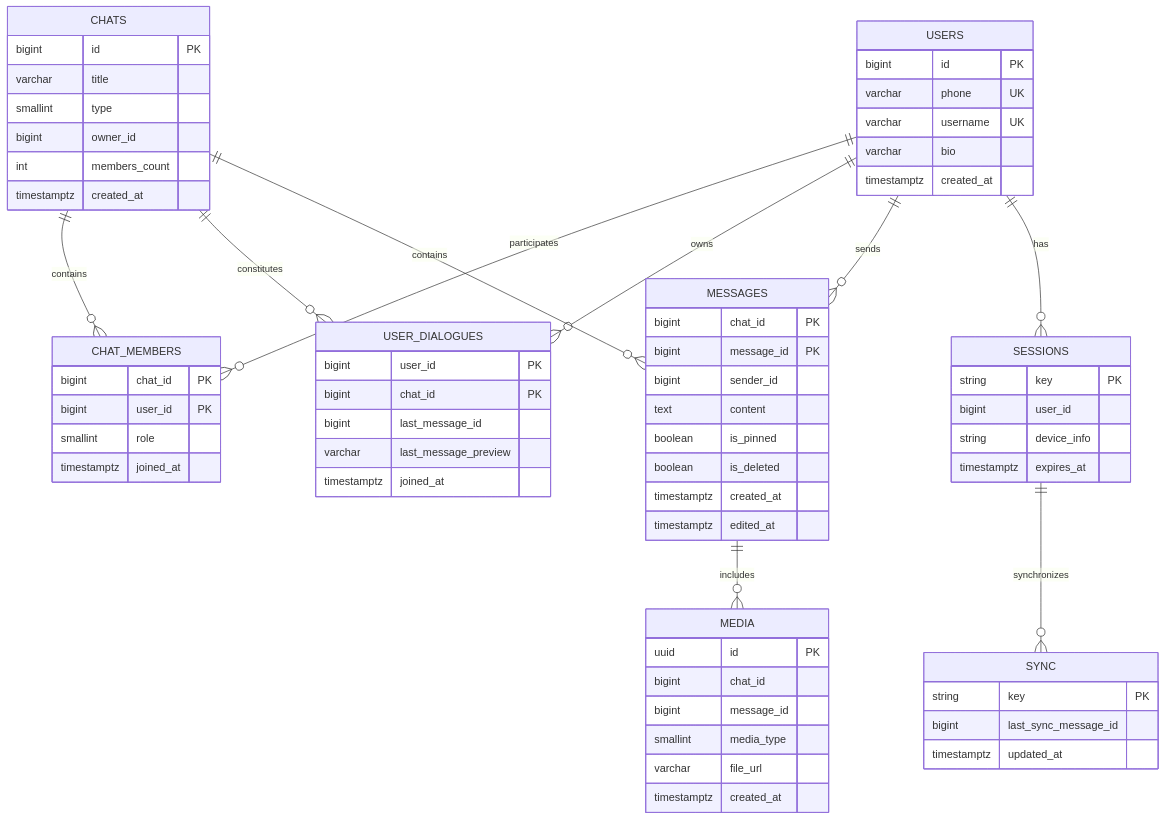
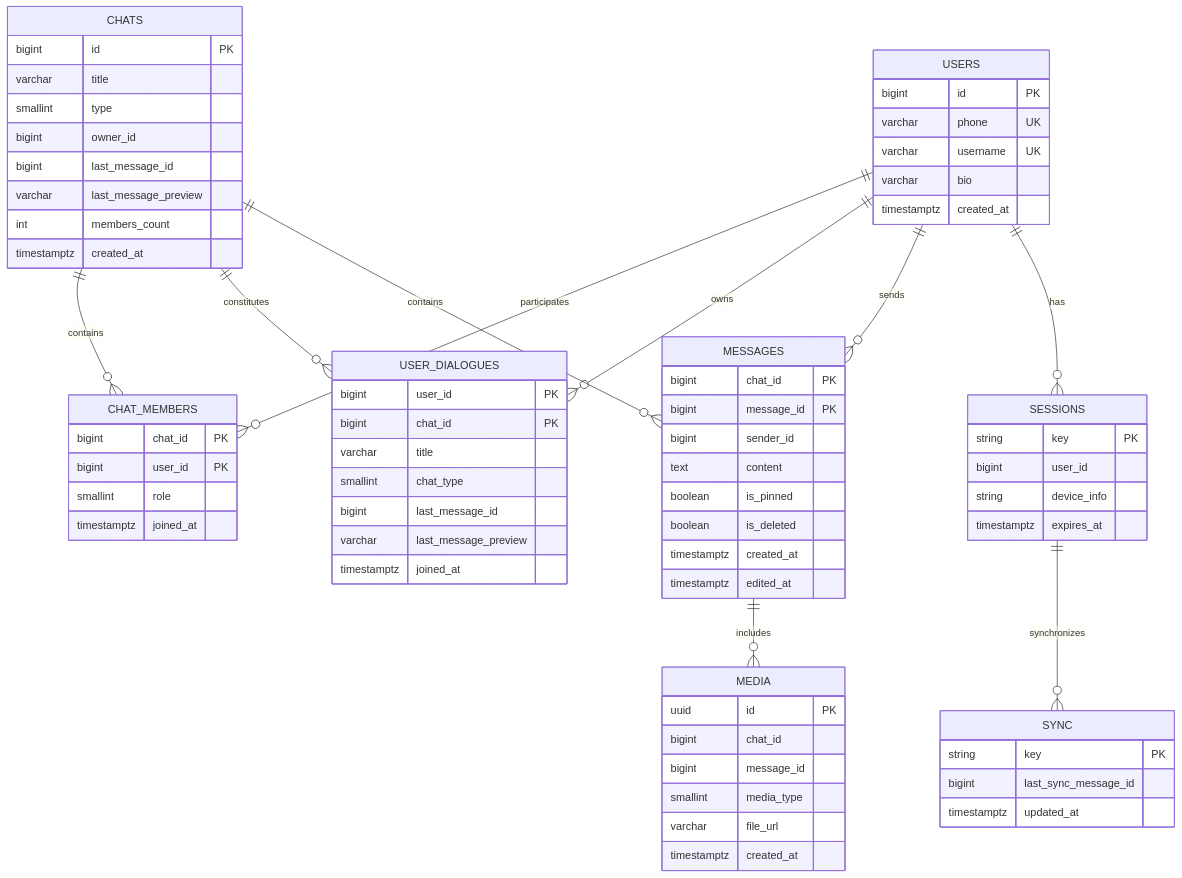
Before and after one commit to Liza05444/VK_Education_Highload: the second of 2 diagrams in README.md, drawn with Mermaid. The commit also changed other lines of this file, not shown here.

````diff
--- a/README.md
+++ b/README.md
@@ -346,77 +346,81 @@
 ```mermaid
 erDiagram
     USERS {
         bigint id PK
         varchar phone UK
         varchar username UK
         varchar bio
         timestamptz created_at
     }
 
     CHATS {
         bigint id PK
         varchar title
         smallint type
         bigint owner_id
+        bigint last_message_id
+        varchar last_message_preview
         int members_count
         timestamptz created_at
     }
 
     CHAT_MEMBERS {
         bigint chat_id PK
         bigint user_id PK
         smallint role
         timestamptz joined_at
     }
 
     USER_DIALOGUES {
         bigint user_id PK
         bigint chat_id PK
+        varchar title
+        smallint chat_type
         bigint last_message_id
         varchar last_message_preview
         timestamptz joined_at
     }
 
     MEDIA {
         uuid id PK
         bigint chat_id
         bigint message_id
         smallint media_type
         varchar file_url
         timestamptz created_at
     }
 
     MESSAGES {
         bigint chat_id PK
         bigint message_id PK
         bigint sender_id
         text content
         boolean is_pinned
         boolean is_deleted
         timestamptz created_at
         timestamptz edited_at
     }
 
     SESSIONS {
         string key PK
         bigint user_id
         string device_info
         timestamptz expires_at
     }
 
     SYNC {
         string key PK
         bigint last_sync_message_id
         timestamptz updated_at
     }
 
     USERS ||--o{ CHAT_MEMBERS : participates
     CHATS ||--o{ CHAT_MEMBERS : contains
     USERS ||--o{ USER_DIALOGUES : owns
     CHATS ||--o{ USER_DIALOGUES : constitutes
     CHATS ||--o{ MESSAGES : contains
     USERS ||--o{ MESSAGES : sends
     MESSAGES ||--o{ MEDIA : includes
     USERS ||--o{ SESSIONS : has
     SESSIONS ||--o{ SYNC : synchronizes
 ```
````
